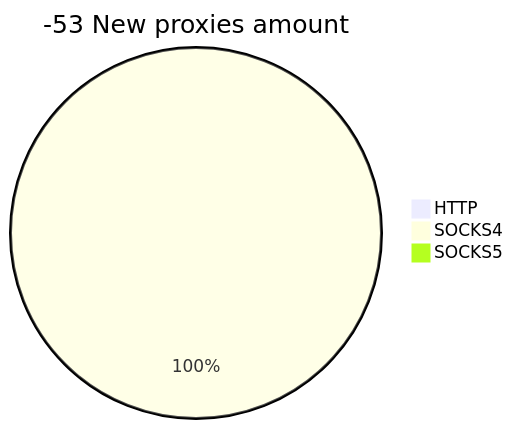
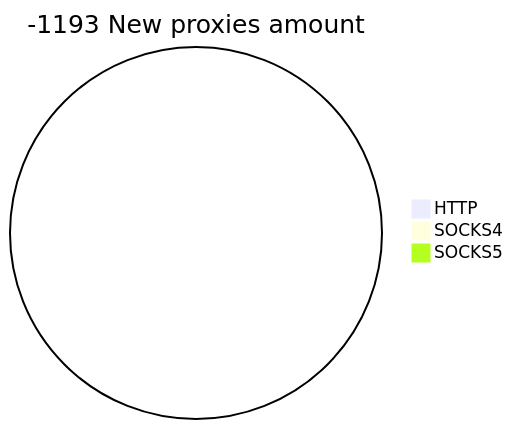
Before and after one commit to cutipu/proxylist: the second of 2 diagrams in README.md, drawn with Mermaid. The commit also changed other lines of this file, not shown here.

````diff
--- a/README.md
+++ b/README.md
@@ -10,6 +10,6 @@
 ```mermaid
-pie title -53 New proxies amount
+pie title -1193 New proxies amount
     "HTTP" : 0
-    "SOCKS4" : 1
+    "SOCKS4" : 0
     "SOCKS5" : 0
 ```
````
